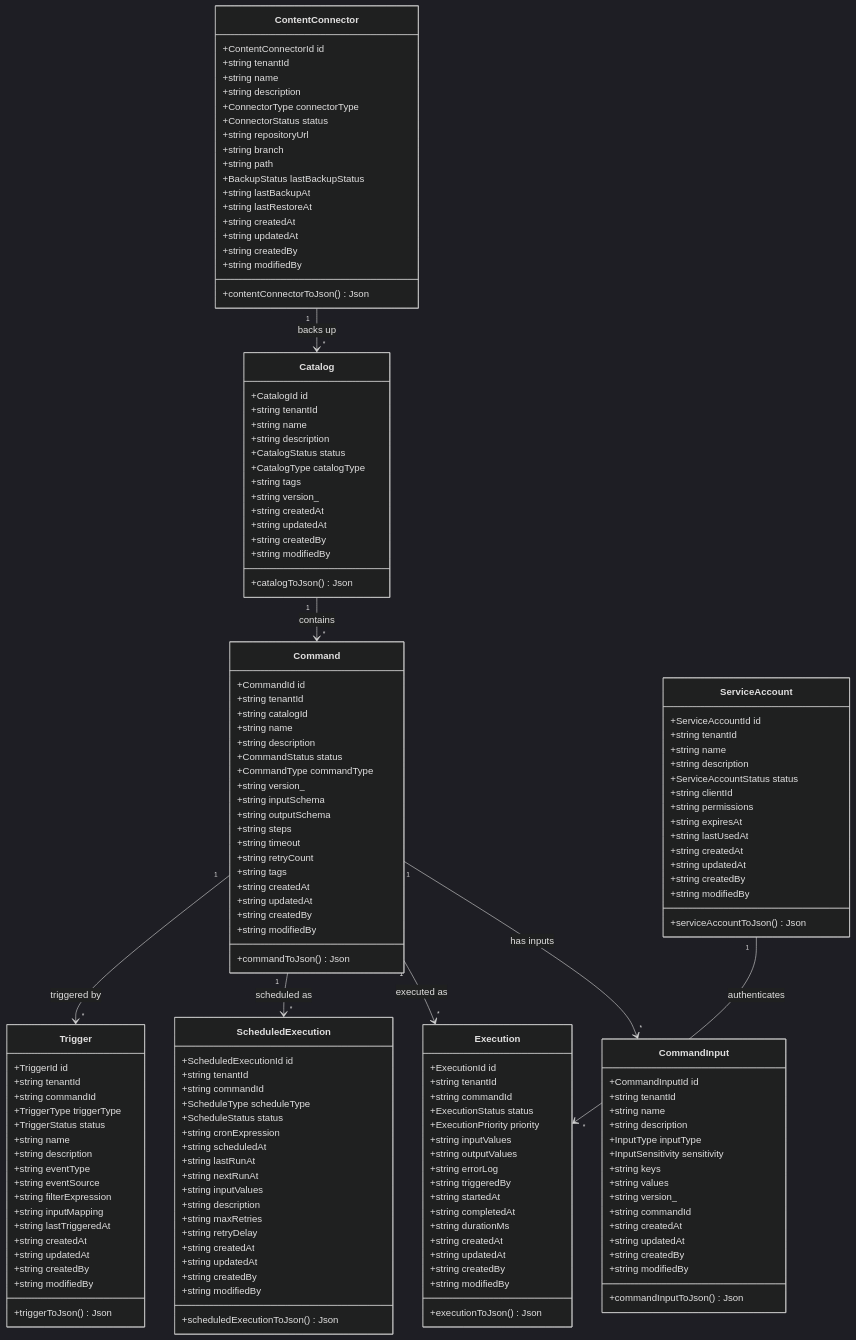
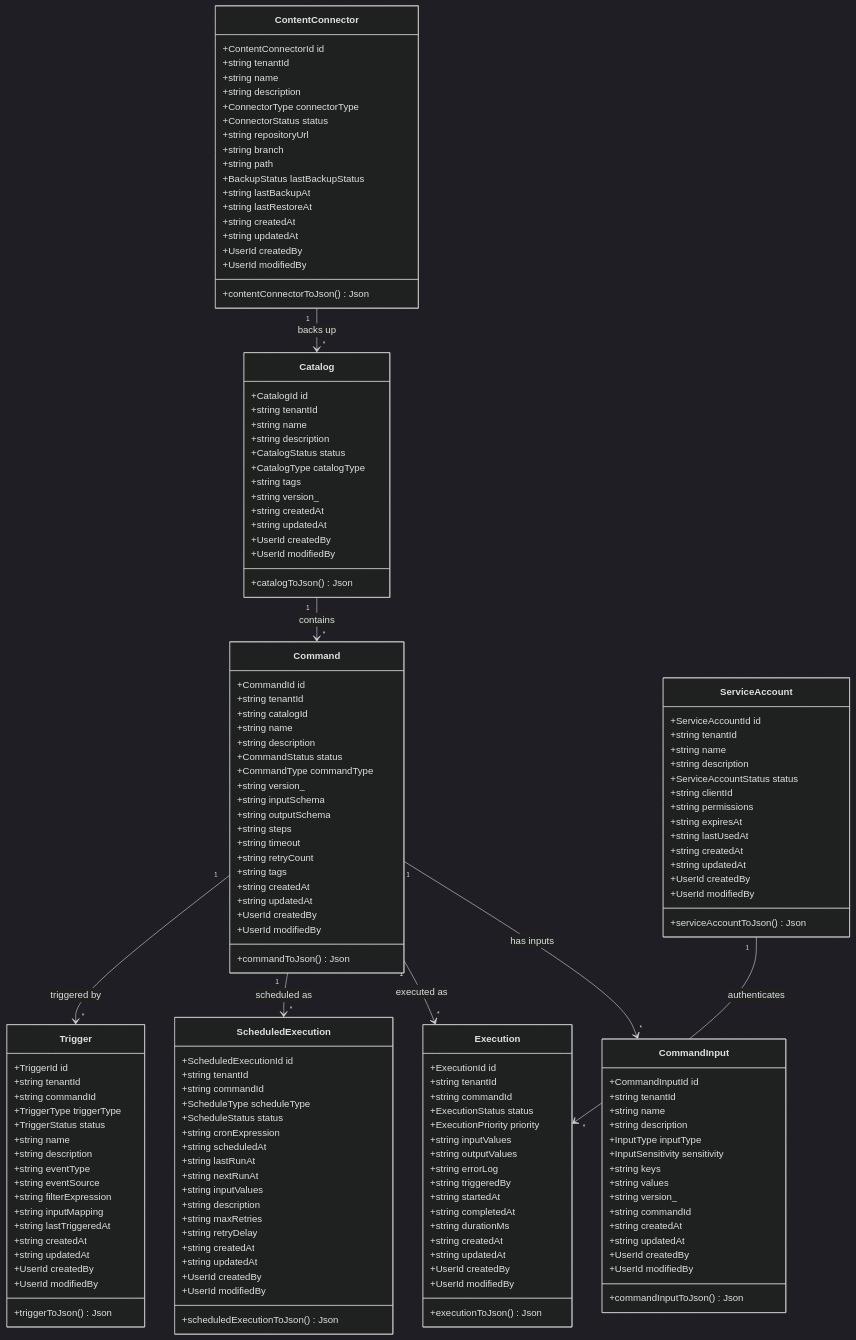
Before and after one commit to UIMSolutions/uim-platform: the first of 7 diagrams in automation-pilot/UML.md, drawn with Mermaid (dark theme). The commit also changed 323 other files, not shown here.

```diff
--- a/automation-pilot/UML.md
+++ b/automation-pilot/UML.md
@@ -15,8 +15,8 @@
         +string version_
         +string createdAt
         +string updatedAt
-        +string createdBy
-        +string modifiedBy
+        +UserId createdBy
+        +UserId modifiedBy
         +catalogToJson() Json
     }
 
@@ -37,8 +37,8 @@
         +string tags
         +string createdAt
         +string updatedAt
-        +string createdBy
-        +string modifiedBy
+        +UserId createdBy
+        +UserId modifiedBy
         +commandToJson() Json
     }
 
@@ -55,8 +55,8 @@
         +string commandId
         +string createdAt
         +string updatedAt
-        +string createdBy
-        +string modifiedBy
+        +UserId createdBy
+        +UserId modifiedBy
         +commandInputToJson() Json
     }
 
@@ -75,8 +75,8 @@
         +string durationMs
         +string createdAt
         +string updatedAt
-        +string createdBy
-        +string modifiedBy
+        +UserId createdBy
+        +UserId modifiedBy
         +executionToJson() Json
     }
 
@@ -96,8 +96,8 @@
         +string retryDelay
         +string createdAt
         +string updatedAt
-        +string createdBy
-        +string modifiedBy
+        +UserId createdBy
+        +UserId modifiedBy
         +scheduledExecutionToJson() Json
     }
 
@@ -116,8 +116,8 @@
         +string lastTriggeredAt
         +string createdAt
         +string updatedAt
-        +string createdBy
-        +string modifiedBy
+        +UserId createdBy
+        +UserId modifiedBy
         +triggerToJson() Json
     }
 
@@ -133,8 +133,8 @@
         +string lastUsedAt
         +string createdAt
         +string updatedAt
-        +string createdBy
-        +string modifiedBy
+        +UserId createdBy
+        +UserId modifiedBy
         +serviceAccountToJson() Json
     }
 
@@ -153,8 +153,8 @@
         +string lastRestoreAt
         +string createdAt
         +string updatedAt
-        +string createdBy
-        +string modifiedBy
+        +UserId createdBy
+        +UserId modifiedBy
         +contentConnectorToJson() Json
     }
 
```
